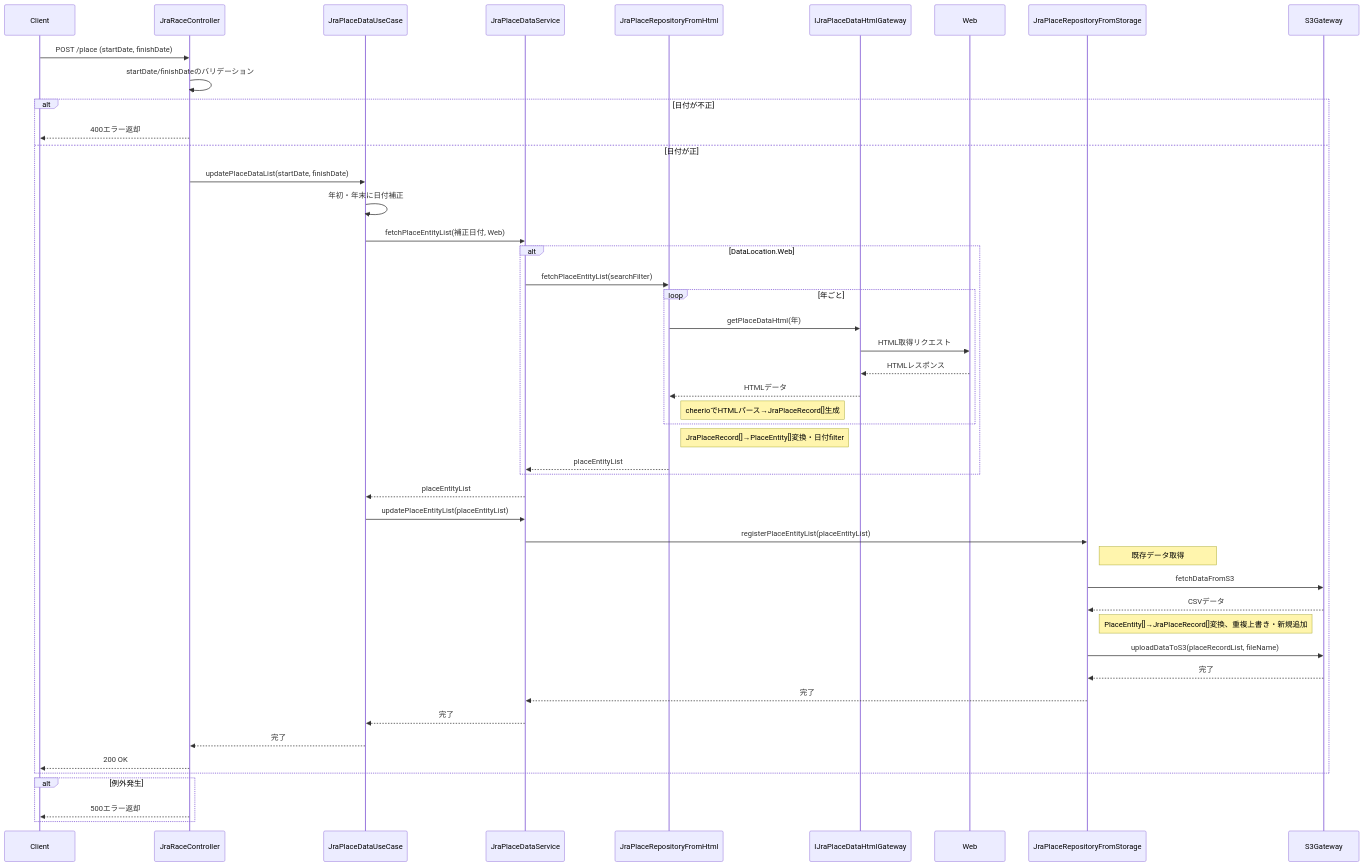
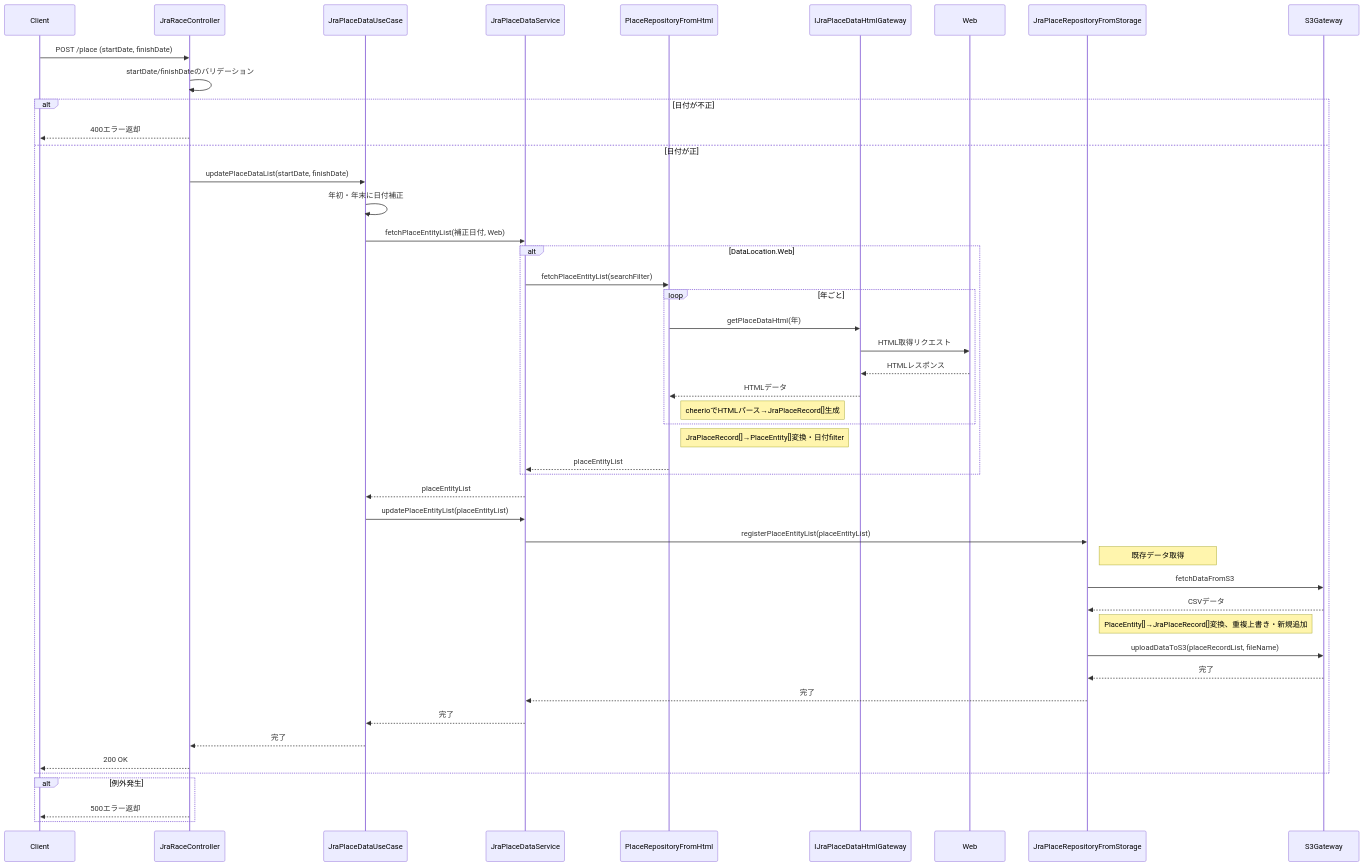
The diagram in document/detail-design/sequence/jra/updatePlaceDataList.md (taichi6930/race-schedule-api), drawn with Mermaid before and after one commit. The commit also changed 56 other files, not shown here.

````diff
--- a/document/detail-design/sequence/jra/updatePlaceDataList.md
+++ b/document/detail-design/sequence/jra/updatePlaceDataList.md
@@ -3,50 +3,50 @@
 ```mermaid
 sequenceDiagram
     participant Client
     participant JraRaceController
     participant JraPlaceDataUseCase
     participant JraPlaceDataService
-    participant JraPlaceRepositoryFromHtml
+    participant PlaceRepositoryFromHtml
     participant IJraPlaceDataHtmlGateway
     participant Web
     participant JraPlaceRepositoryFromStorage
     participant S3Gateway
 
     Client->>JraRaceController: POST /place (startDate, finishDate)
     JraRaceController->>JraRaceController: startDate/finishDateのバリデーション
     alt 日付が不正
         JraRaceController-->>Client: 400エラー返却
     else 日付が正
         JraRaceController->>JraPlaceDataUseCase: updatePlaceDataList(startDate, finishDate)
         JraPlaceDataUseCase->>JraPlaceDataUseCase: 年初・年末に日付補正
         JraPlaceDataUseCase->>JraPlaceDataService: fetchPlaceEntityList(補正日付, Web)
         alt DataLocation.Web
-            JraPlaceDataService->>JraPlaceRepositoryFromHtml: fetchPlaceEntityList(searchFilter)
+            JraPlaceDataService->>PlaceRepositoryFromHtml: fetchPlaceEntityList(searchFilter)
             loop 年ごと
-                JraPlaceRepositoryFromHtml->>IJraPlaceDataHtmlGateway: getPlaceDataHtml(年)
+                PlaceRepositoryFromHtml->>IJraPlaceDataHtmlGateway: getPlaceDataHtml(年)
                 IJraPlaceDataHtmlGateway->>Web: HTML取得リクエスト
                 Web-->>IJraPlaceDataHtmlGateway: HTMLレスポンス
-                IJraPlaceDataHtmlGateway-->>JraPlaceRepositoryFromHtml: HTMLデータ
-                note right of JraPlaceRepositoryFromHtml: cheerioでHTMLパース→JraPlaceRecord[]生成
+                IJraPlaceDataHtmlGateway-->>PlaceRepositoryFromHtml: HTMLデータ
+                note right of PlaceRepositoryFromHtml: cheerioでHTMLパース→JraPlaceRecord[]生成
             end
-            note right of JraPlaceRepositoryFromHtml: JraPlaceRecord[]→PlaceEntity[]変換・日付filter
-            JraPlaceRepositoryFromHtml-->>JraPlaceDataService: placeEntityList
+            note right of PlaceRepositoryFromHtml: JraPlaceRecord[]→PlaceEntity[]変換・日付filter
+            PlaceRepositoryFromHtml-->>JraPlaceDataService: placeEntityList
         end
         JraPlaceDataService-->>JraPlaceDataUseCase: placeEntityList
         JraPlaceDataUseCase->>JraPlaceDataService: updatePlaceEntityList(placeEntityList)
         JraPlaceDataService->>JraPlaceRepositoryFromStorage: registerPlaceEntityList(placeEntityList)
         note right of JraPlaceRepositoryFromStorage: 既存データ取得
         JraPlaceRepositoryFromStorage->>S3Gateway: fetchDataFromS3
         S3Gateway-->>JraPlaceRepositoryFromStorage: CSVデータ
         note right of JraPlaceRepositoryFromStorage: PlaceEntity[]→JraPlaceRecord[]変換、重複上書き・新規追加
         JraPlaceRepositoryFromStorage->>S3Gateway: uploadDataToS3(placeRecordList, fileName)
         S3Gateway-->>JraPlaceRepositoryFromStorage: 完了
         JraPlaceRepositoryFromStorage-->>JraPlaceDataService: 完了
         JraPlaceDataService-->>JraPlaceDataUseCase: 完了
         JraPlaceDataUseCase-->>JraRaceController: 完了
         JraRaceController-->>Client: 200 OK
     end
     alt 例外発生
         JraRaceController-->>Client: 500エラー返却
     end
 ```
````
